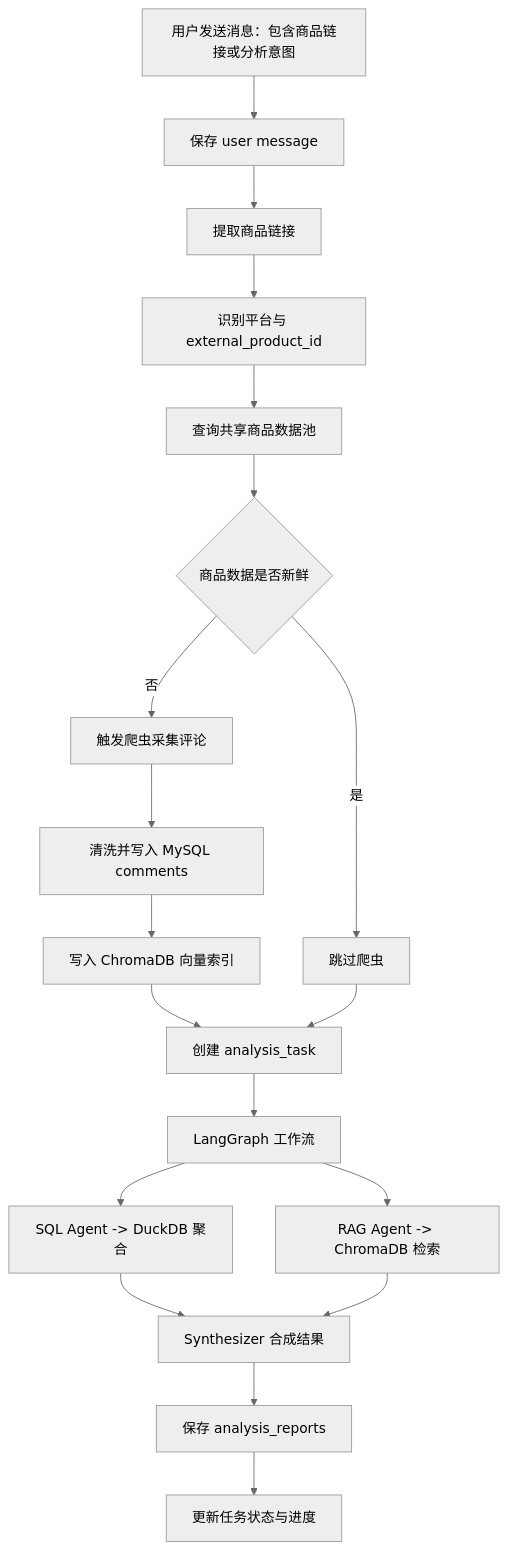
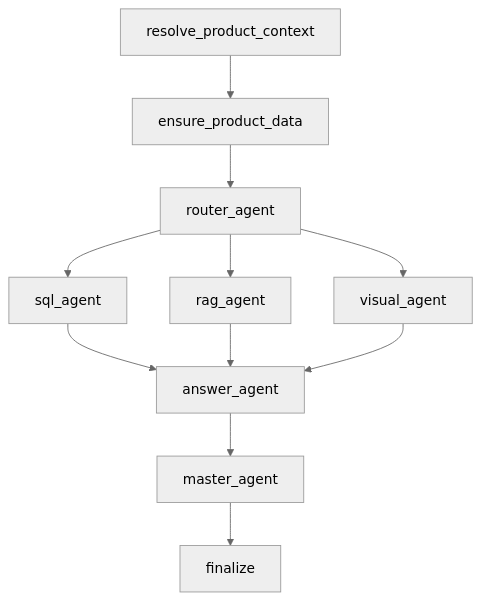
The fourth of 5 diagrams in docs/2.系统整体架构图.md (AliKEATON/MA-ESAS), drawn with Mermaid (neutral theme) before and after one commit. The commit also changed other lines of this file and 99 other files, not shown here.

````diff
--- a/docs/2.系统整体架构图.md
+++ b/docs/2.系统整体架构图.md
@@ -78,21 +156,13 @@
 ```mermaid
 flowchart TD
-    A["用户发送消息：包含商品链接或分析意图"] --> B["保存 user message"]
-    B --> C["提取商品链接"]
-    C --> D["识别平台与 external_product_id"]
-    D --> E["查询共享商品数据池"]
-    E --> F{"商品数据是否新鲜"}
-    F -- "否" --> G["触发爬虫采集评论"]
-    G --> H["清洗并写入 MySQL comments"]
-    H --> I["写入 ChromaDB 向量索引"]
-    F -- "是" --> J["跳过爬虫"]
-    I --> K["创建 analysis_task"]
-    J --> K
-    K --> L["LangGraph 工作流"]
-    L --> M["SQL Agent -> DuckDB 聚合"]
-    L --> N["RAG Agent -> ChromaDB 检索"]
-    M --> O["Synthesizer 合成结果"]
-    N --> O
-    O --> P["保存 analysis_reports"]
-    P --> Q["更新任务状态与进度"]
+    A["resolve_product_context"] --> B["ensure_product_data"]
+    B --> C["router_agent"]
+    C --> D["sql_agent"]
+    C --> E["rag_agent"]
+    C --> F["visual_agent"]
+    D --> G["answer_agent"]
+    E --> G
+    F --> G
+    G --> H["master_agent"]
+    H --> I["finalize"]
 ```
````
